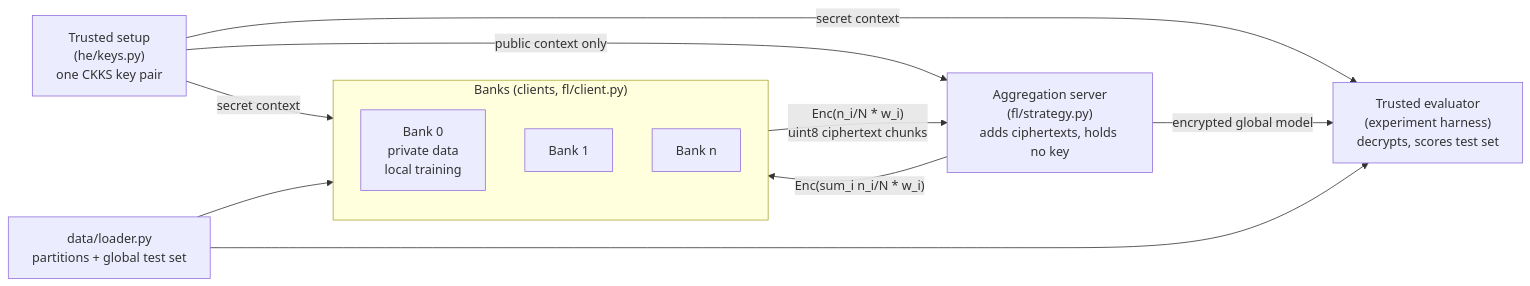
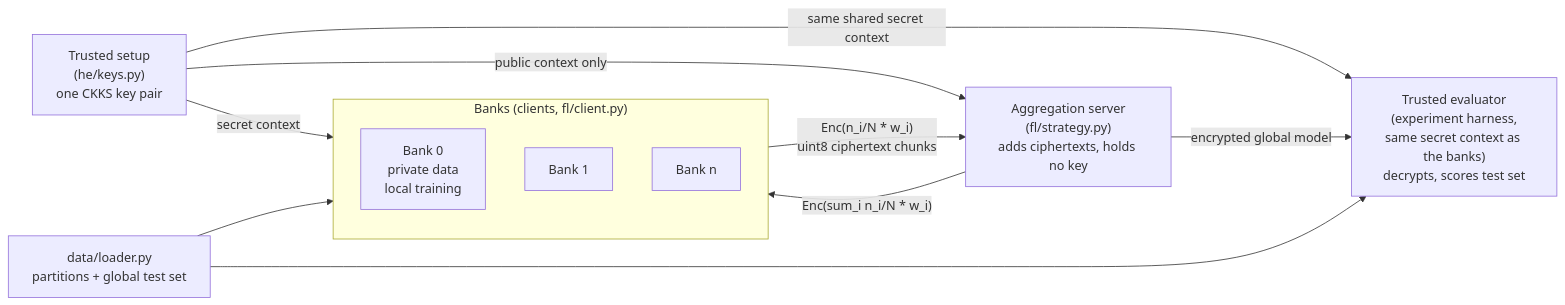
One commit to likhitha281/Privacy-Preserving-Collaborative-Detection-using-Federated-Learning-and-Homomorphic-Encryption changed the diagram in README.md. Above: the diagram before and after it, drawn with Mermaid. The commit also changed other lines of this file, not shown here.

Commit message:
README: evaluator uses the banks' shared secret context

````diff
--- a/README.md
+++ b/README.md
@@ -39,16 +39,16 @@
 ```mermaid
 flowchart LR
   subgraph Banks["Banks (clients, fl/client.py)"]
     B0["Bank 0<br/>private data<br/>local training"]
     B1["Bank 1"]
     Bn["Bank n"]
   end
   K["Trusted setup<br/>(he/keys.py)<br/>one CKKS key pair"] -- secret context --> Banks
   K -- public context only --> S
-  K -- secret context --> E
+  K -- "same shared secret context" --> E
   Banks -- "Enc(n_i/N * w_i)<br/>uint8 ciphertext chunks" --> S["Aggregation server<br/>(fl/strategy.py)<br/>adds ciphertexts, holds no key"]
   S -- "Enc(sum_i n_i/N * w_i)" --> Banks
-  S -- encrypted global model --> E["Trusted evaluator<br/>(experiment harness)<br/>decrypts, scores test set"]
+  S -- encrypted global model --> E["Trusted evaluator<br/>(experiment harness,<br/>same secret context as the banks)<br/>decrypts, scores test set"]
   D["data/loader.py<br/>partitions + global test set"] --> Banks
   D --> E
 ```
````
